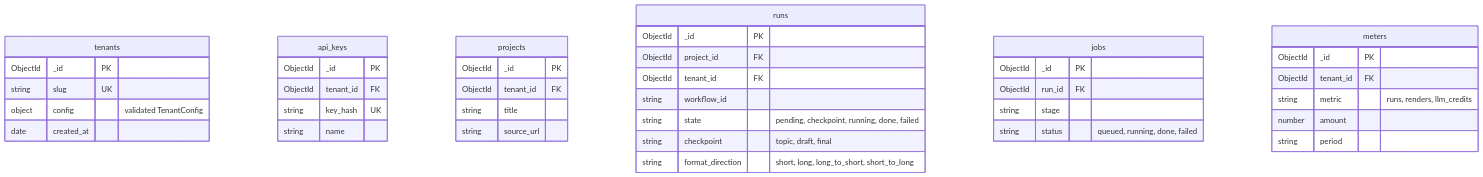
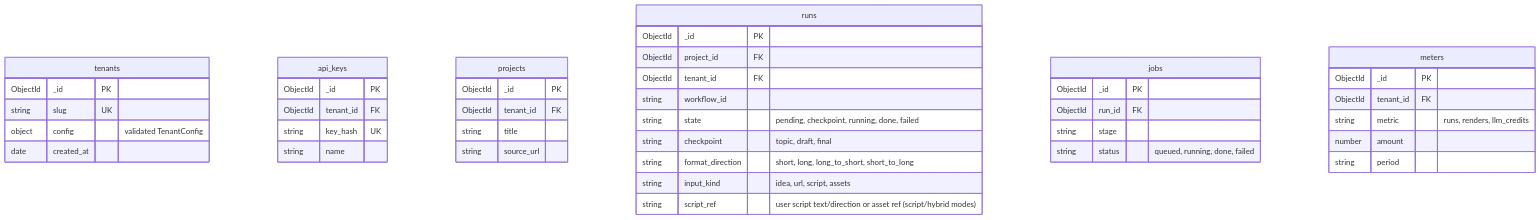
Before and after one commit to noah-sheldon/contentforge: the third of 8 diagrams in docs/lld.md, drawn with Mermaid. The commit also changed other lines of this file and 3 other files, not shown here.

First line of the commit message:
docs(plan,arch): all four input modes are first-class run types

````diff
--- a/docs/lld.md
+++ b/docs/lld.md
@@ -70,43 +86,45 @@
 ```mermaid
 erDiagram
     tenants {
         ObjectId _id PK
         string slug UK
         object config "validated TenantConfig"
         date created_at
     }
     api_keys {
         ObjectId _id PK
         ObjectId tenant_id FK
         string key_hash UK
         string name
     }
     projects {
         ObjectId _id PK
         ObjectId tenant_id FK
         string title
         string source_url
     }
     runs {
         ObjectId _id PK
         ObjectId project_id FK
         ObjectId tenant_id FK
         string workflow_id
         string state "pending, checkpoint, running, done, failed"
         string checkpoint "topic, draft, final"
         string format_direction "short, long, long_to_short, short_to_long"
+        string input_kind "idea, url, script, assets"
+        string script_ref "user script text/direction or asset ref (script/hybrid modes)"
     }
     jobs {
         ObjectId _id PK
         ObjectId run_id FK
         string stage
         string status "queued, running, done, failed"
     }
     meters {
         ObjectId _id PK
         ObjectId tenant_id FK
         string metric "runs, renders, llm_credits"
         number amount
         string period
     }
 ```
````
